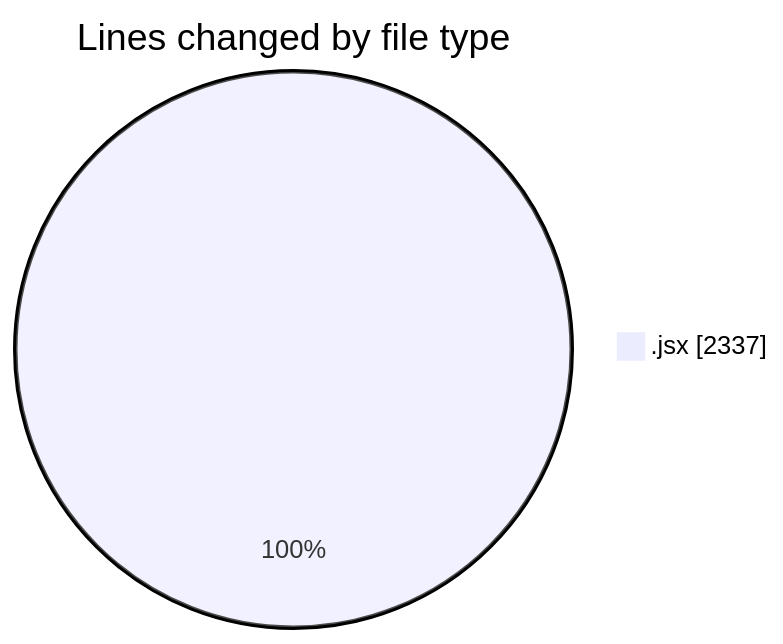
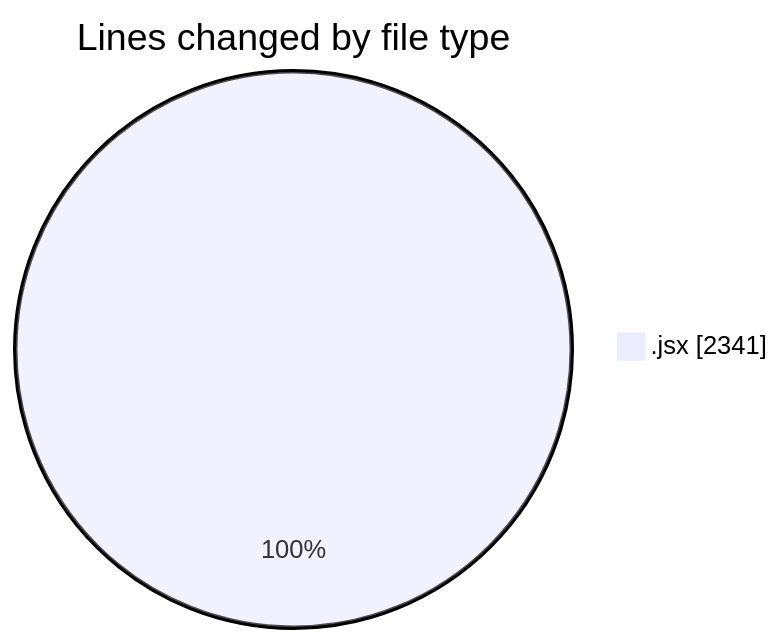
The first of 2 diagrams in 2025-05-23/nxtqube_webapp/README.md (nxtqubesakshisongat/code-tracking), drawn with Mermaid before and after one commit. The commit also changed other lines of this file and 1 other file, not shown here.

````diff
--- a/2025-05-23/nxtqube_webapp/README.md
+++ b/2025-05-23/nxtqube_webapp/README.md
@@ -21,5 +21,5 @@
 ```mermaid
 pie showData
 title Lines changed by file type
-".jsx" : 2337
+".jsx" : 2341
 ```
````
